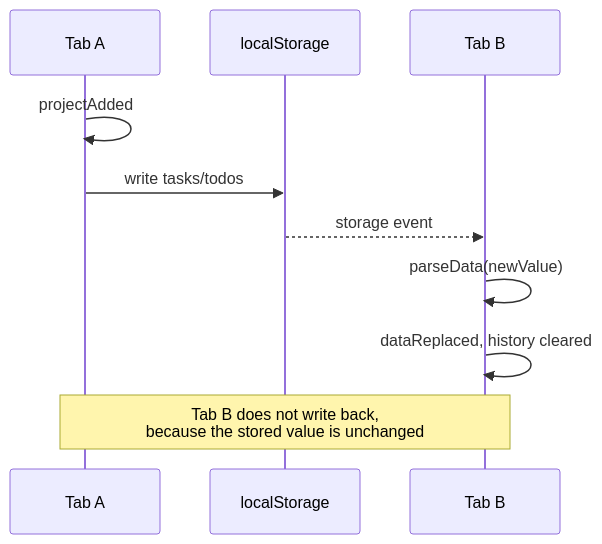
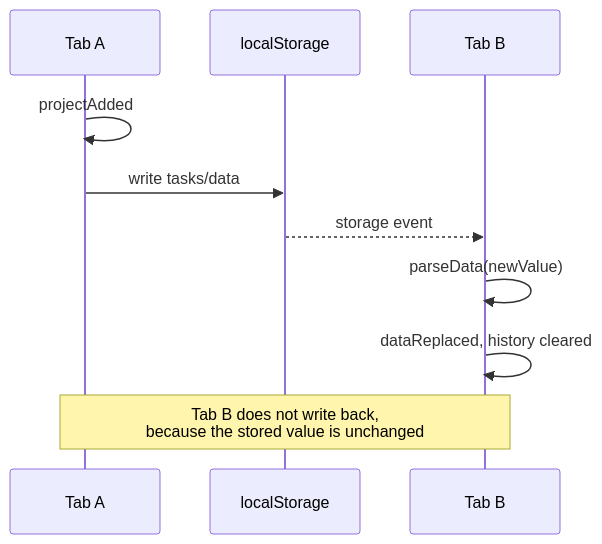
Before and after one commit to sacrificed666/react-todo-app: the eighth of 10 diagrams in docs/architecture.md, drawn with Mermaid. The commit also changed other lines of this file and 182 other files, not shown here.

First line of the commit message:
refactor: rename todos to tasks and update related selectors, components, and tests

````diff
--- a/docs/architecture.md
+++ b/docs/architecture.md
@@ -346,12 +344,12 @@
 ```mermaid
 sequenceDiagram
   participant A as Tab A
   participant LS as localStorage
   participant B as Tab B
   A->>A: projectAdded
-  A->>LS: write tasks/todos
+  A->>LS: write tasks/data
   LS-->>B: storage event
   B->>B: parseData(newValue)
   B->>B: dataReplaced, history cleared
   Note over A,B: Tab B does not write back,<br/>because the stored value is unchanged
 ```
````
